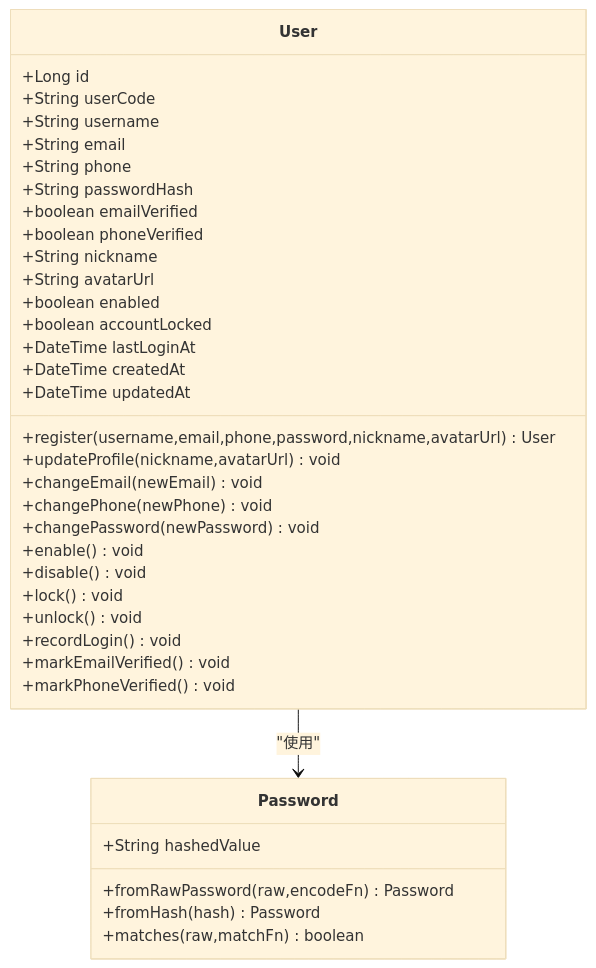
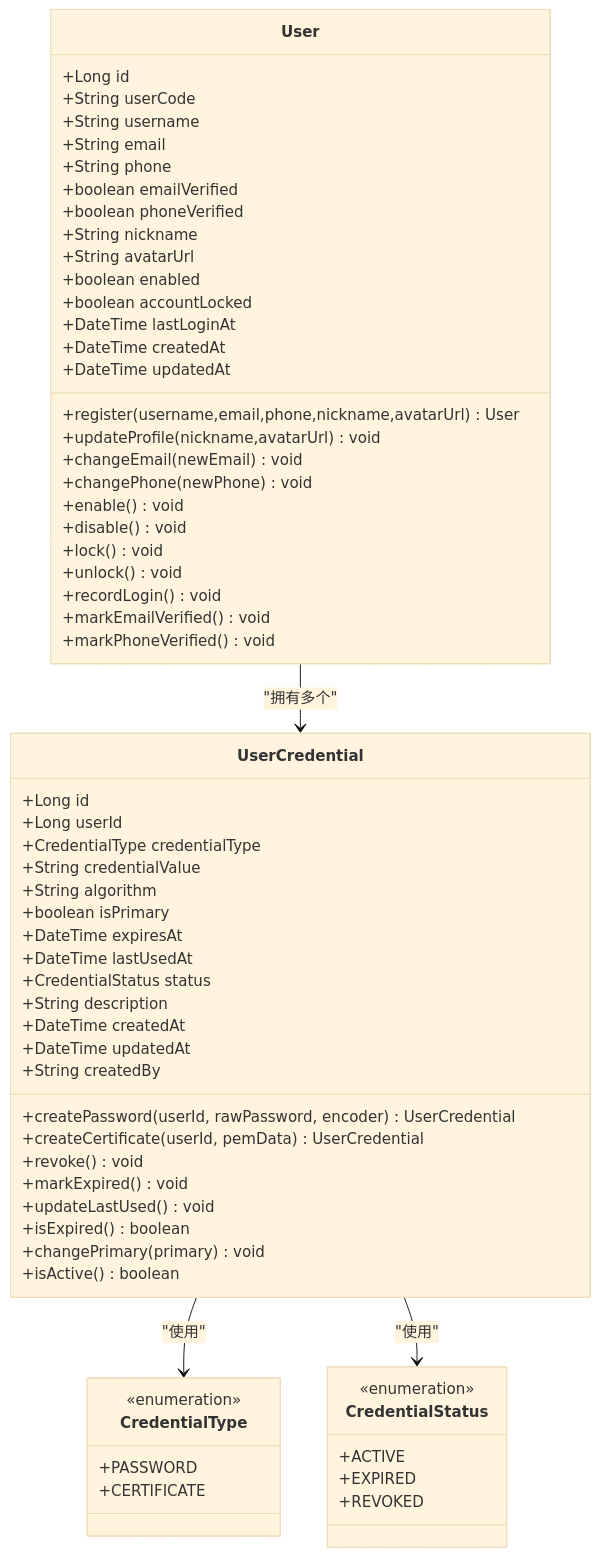
The third of 7 diagrams in .qoder/repowiki/zh/content/项目概述/核心功能/用户管理功能.md (fq0121104930716/iam-platform), drawn with Mermaid (base theme) before and after one commit. The commit also changed other lines of this file and 46 other files, not shown here.

````diff
--- a/.qoder/repowiki/zh/content/项目概述/核心功能/用户管理功能.md
+++ b/.qoder/repowiki/zh/content/项目概述/核心功能/用户管理功能.md
@@ -195,39 +289,67 @@
 ```mermaid
 classDiagram
 class User {
 +Long id
 +String userCode
 +String username
 +String email
 +String phone
-+String passwordHash
 +boolean emailVerified
 +boolean phoneVerified
 +String nickname
 +String avatarUrl
 +boolean enabled
 +boolean accountLocked
 +DateTime lastLoginAt
 +DateTime createdAt
 +DateTime updatedAt
-+register(username,email,phone,password,nickname,avatarUrl) User
++register(username,email,phone,nickname,avatarUrl) User
 +updateProfile(nickname,avatarUrl) void
 +changeEmail(newEmail) void
 +changePhone(newPhone) void
-+changePassword(newPassword) void
 +enable() void
 +disable() void
 +lock() void
 +unlock() void
 +recordLogin() void
 +markEmailVerified() void
 +markPhoneVerified() void
 }
-class Password {
-+String hashedValue
-+fromRawPassword(raw,encodeFn) Password
-+fromHash(hash) Password
-+matches(raw,matchFn) boolean
+class UserCredential {
++Long id
++Long userId
++CredentialType credentialType
++String credentialValue
++String algorithm
++boolean isPrimary
++DateTime expiresAt
++DateTime lastUsedAt
++CredentialStatus status
++String description
++DateTime createdAt
++DateTime updatedAt
++String createdBy
++createPassword(userId, rawPassword, encoder) UserCredential
++createCertificate(userId, pemData) UserCredential
++revoke() void
++markExpired() void
++updateLastUsed() void
++isExpired() boolean
++changePrimary(primary) void
++isActive() boolean
 }
-User --> Password : "使用"
+class CredentialType {
+<<enumeration>>
++PASSWORD
++CERTIFICATE
+}
+class CredentialStatus {
+<<enumeration>>
++ACTIVE
++EXPIRED
++REVOKED
+}
+User --> UserCredential : "拥有多个"
+UserCredential --> CredentialType : "使用"
+UserCredential --> CredentialStatus : "使用"
 ```
````
